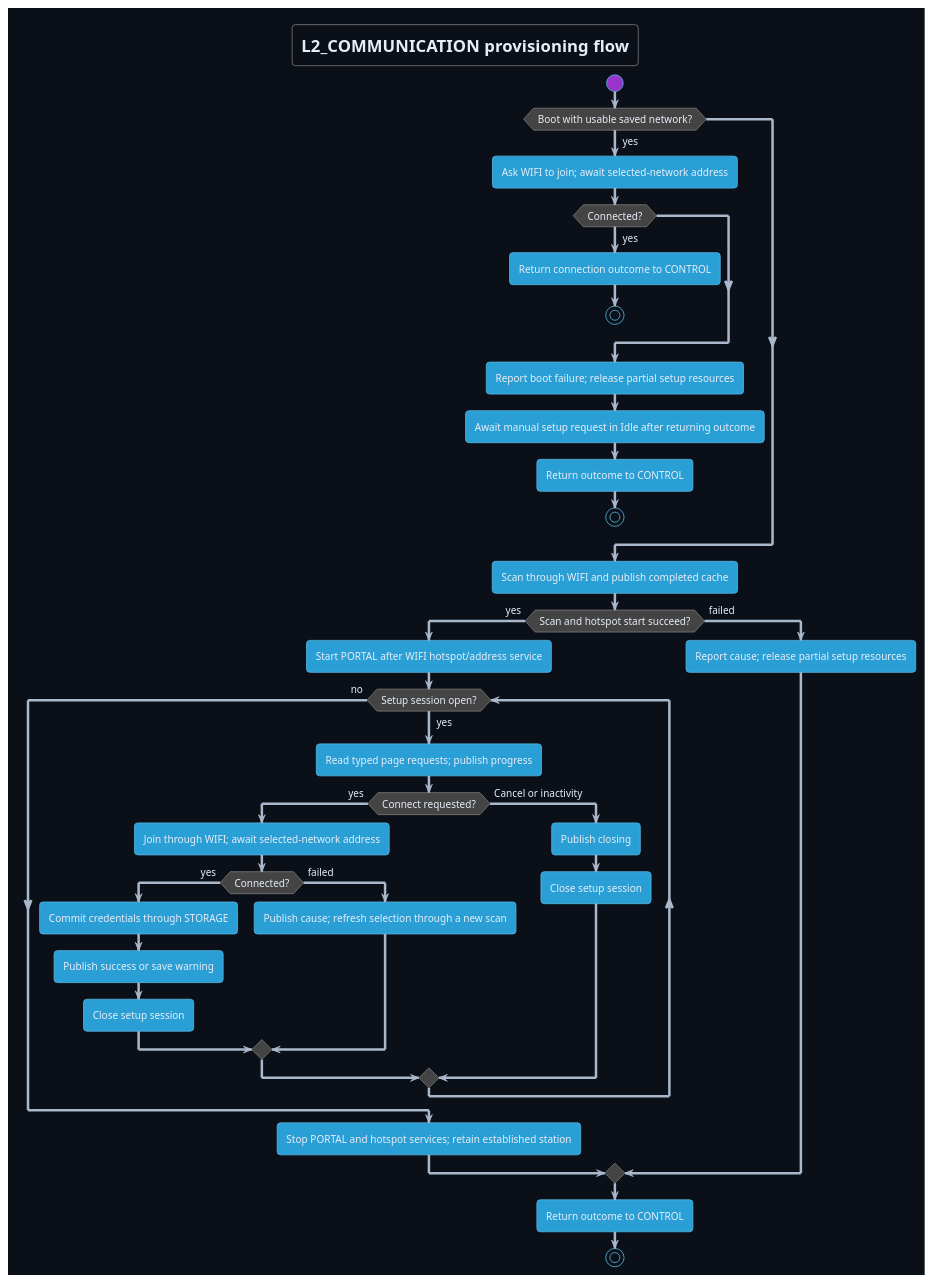
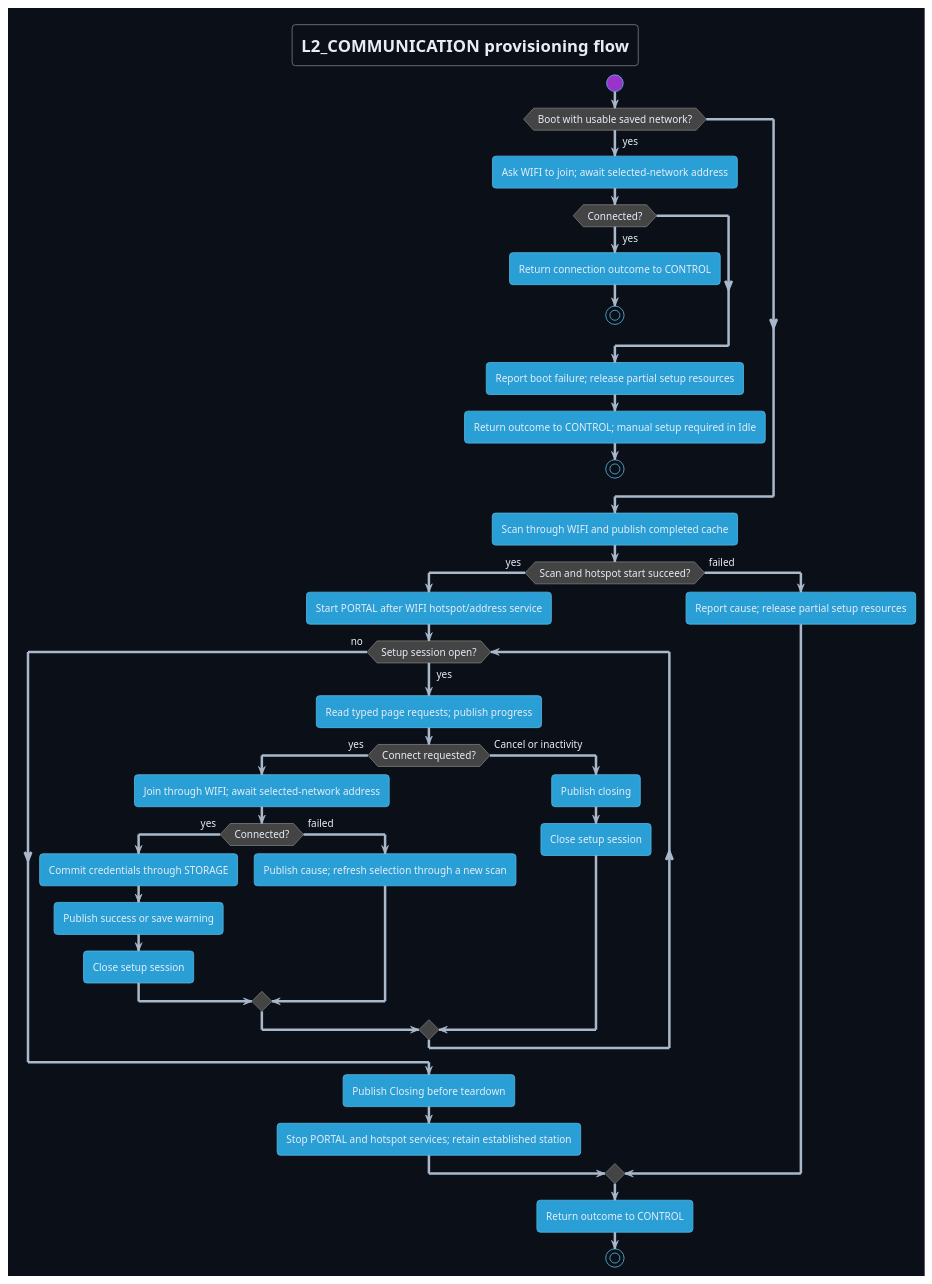
One commit to DemonicPsychoII/DigitalStethoscope changed the diagram in Development/system/architecture/COMMUNICATION/setup-flow.puml. Above: the diagram before and after it, drawn with PlantUML. The commit also changed 1 other file, not shown here.

Commit message:
documentation: show shared Closing publication and manual boot recovery
Committed by GPT-6.1-Sol on behalf of Nico running in codex.

```diff
--- a/Development/system/architecture/COMMUNICATION/setup-flow.puml
+++ b/Development/system/architecture/COMMUNICATION/setup-flow.puml
@@ -1,46 +1,46 @@
 @startuml setup_flow
 !theme cyborg
 skinparam shadowing false
 skinparam defaultFontName SansSerif
 skinparam backgroundColor #0b1018
 skinparam defaultFontColor #e6edf7
 skinparam ArrowColor #a9b8ca
 title L2_COMMUNICATION provisioning flow
 start
 if (Boot with usable saved network?) then (yes)
  :Ask WIFI to join; await selected-network address;
  if (Connected?) then (yes)
   :Return connection outcome to CONTROL;
   stop
  endif
  :Report boot failure; release partial setup resources;
- :Await manual setup request in Idle after returning outcome;
- :Return outcome to CONTROL;
+ :Return outcome to CONTROL; manual setup required in Idle;
  stop
 endif
 :Scan through WIFI and publish completed cache;
 if (Scan and hotspot start succeed?) then (yes)
  :Start PORTAL after WIFI hotspot/address service;
  while (Setup session open?) is (yes)
   :Read typed page requests; publish progress;
   if (Connect requested?) then (yes)
    :Join through WIFI; await selected-network address;
    if (Connected?) then (yes)
     :Commit credentials through STORAGE;
     :Publish success or save warning;
     :Close setup session;
    else (failed)
     :Publish cause; refresh selection through a new scan;
    endif
   else (Cancel or inactivity)
    :Publish closing;
    :Close setup session;
   endif
  endwhile (no)
+ :Publish Closing before teardown;
  :Stop PORTAL and hotspot services; retain established station;
 else (failed)
  :Report cause; release partial setup resources;
 endif
 :Return outcome to CONTROL;
 stop
 @enduml
```
